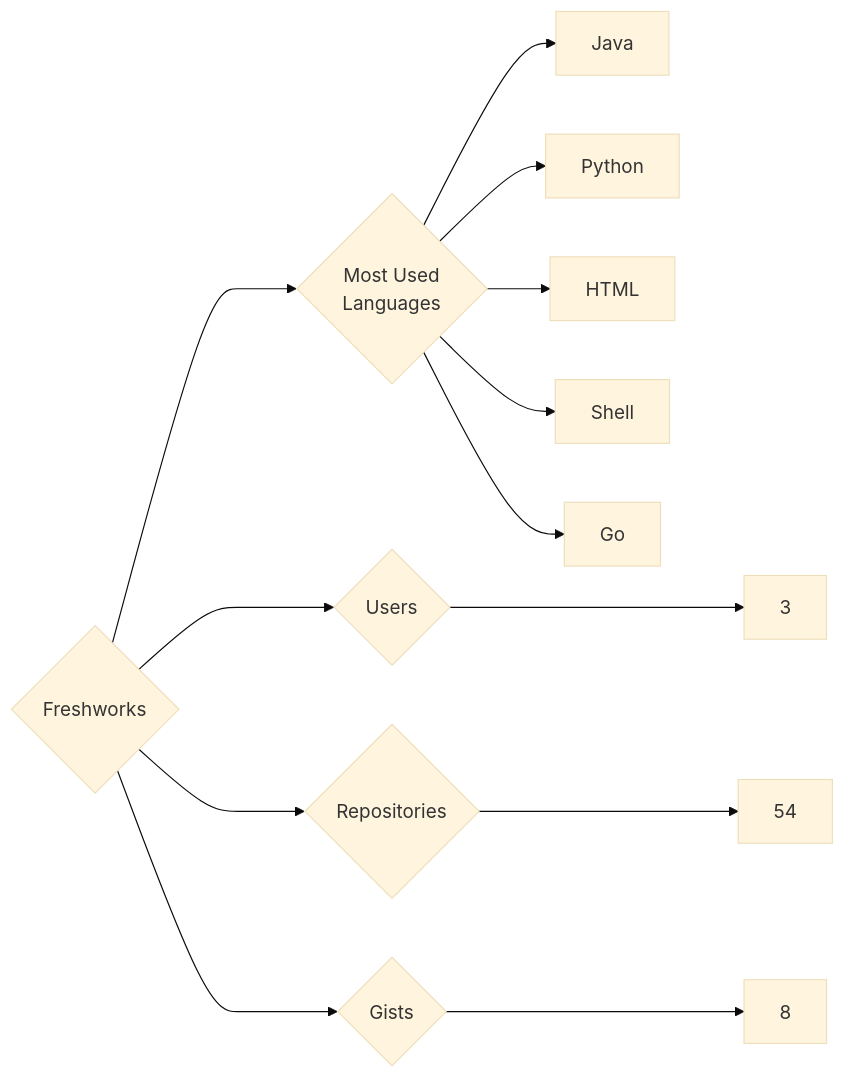
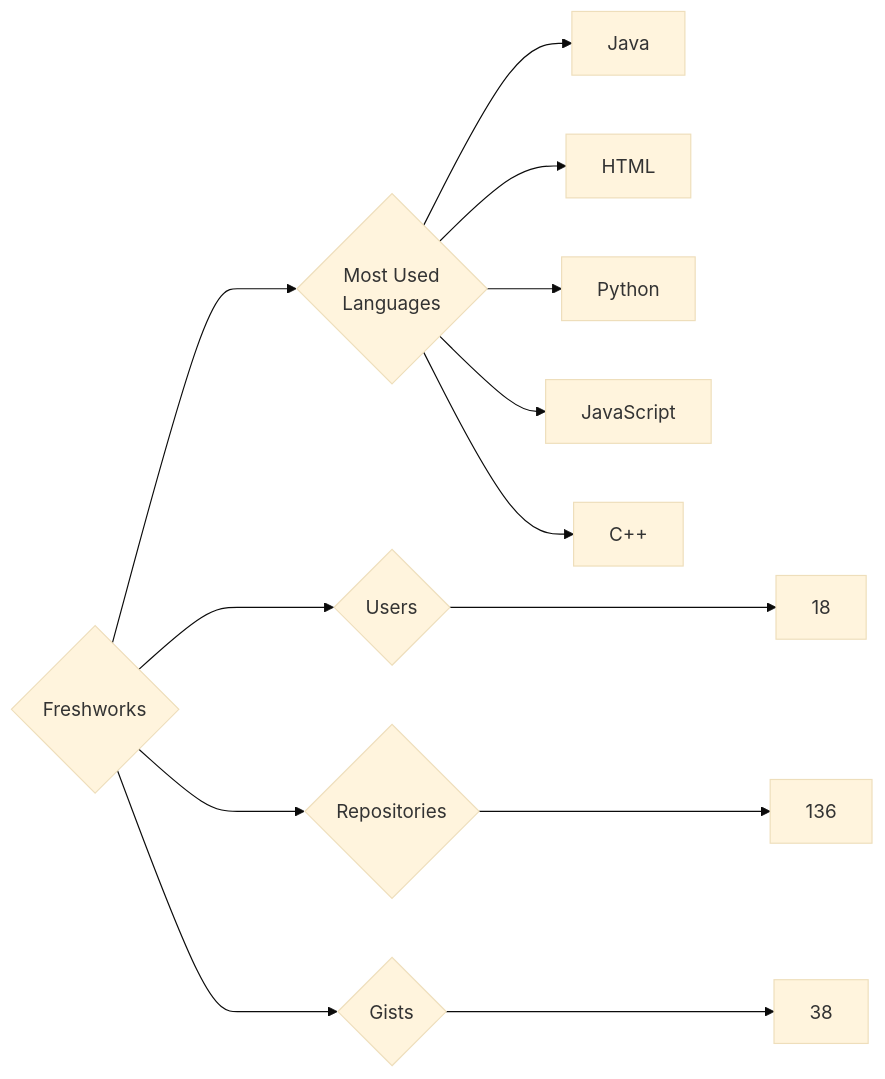
Before and after one commit to trickest/insiders: the diagram in targets/Freshworks/README.md, drawn with Mermaid (base theme). The commit also changed 894 other files, not shown here.

````diff
--- a/targets/Freshworks/README.md
+++ b/targets/Freshworks/README.md
@@ -3,13 +3,13 @@
 ```mermaid
 graph LR
 COMPANY_NAME{Freshworks}
-COMPANY_NAME ---> U{Users} ---> UN[3]
-COMPANY_NAME ---> R{Repositories} ---> RN[54]
-COMPANY_NAME ---> G{Gists} ---> GN[8]
+COMPANY_NAME ---> U{Users} ---> UN[18]
+COMPANY_NAME ---> R{Repositories} ---> RN[136]
+COMPANY_NAME ---> G{Gists} ---> GN[38]
 COMPANY_NAME ---> ML{Most Used<br>Languages}
 ML --> Java[Java]
+ML --> HTML[HTML]
 ML --> Python[Python]
-ML --> HTML[HTML]
-ML --> Shell[Shell]
-ML --> Go[Go]
+ML --> JavaScript[JavaScript]
+ML --> C++[C++]
 ```
````
